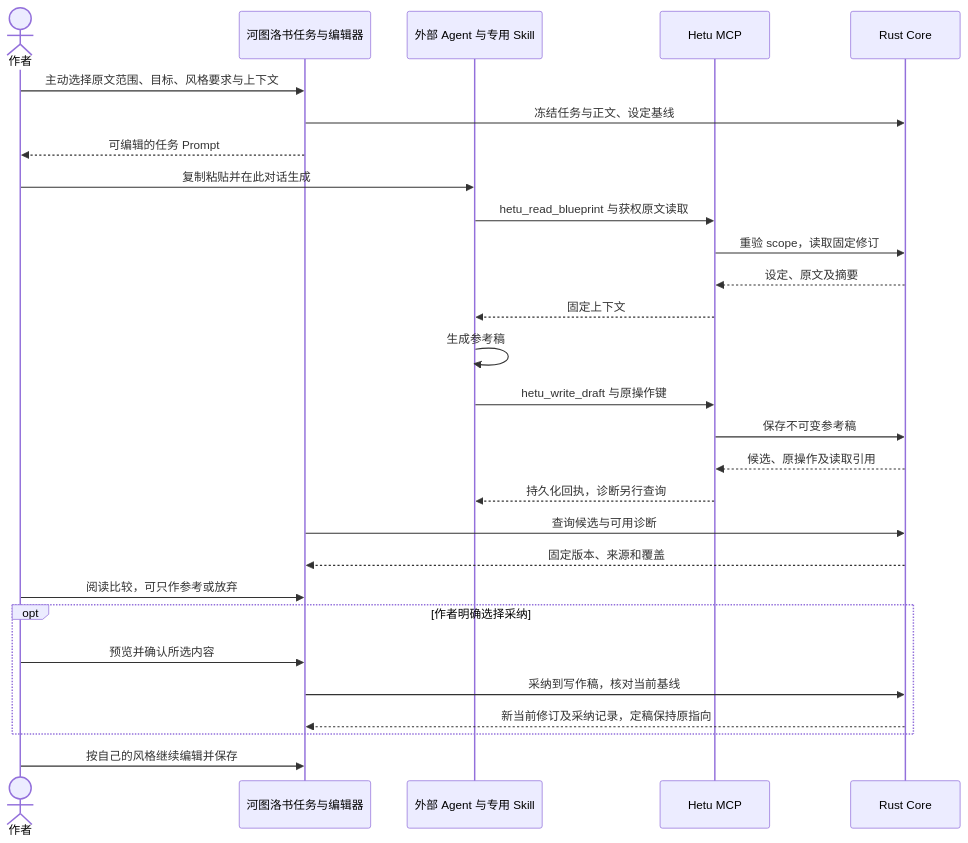
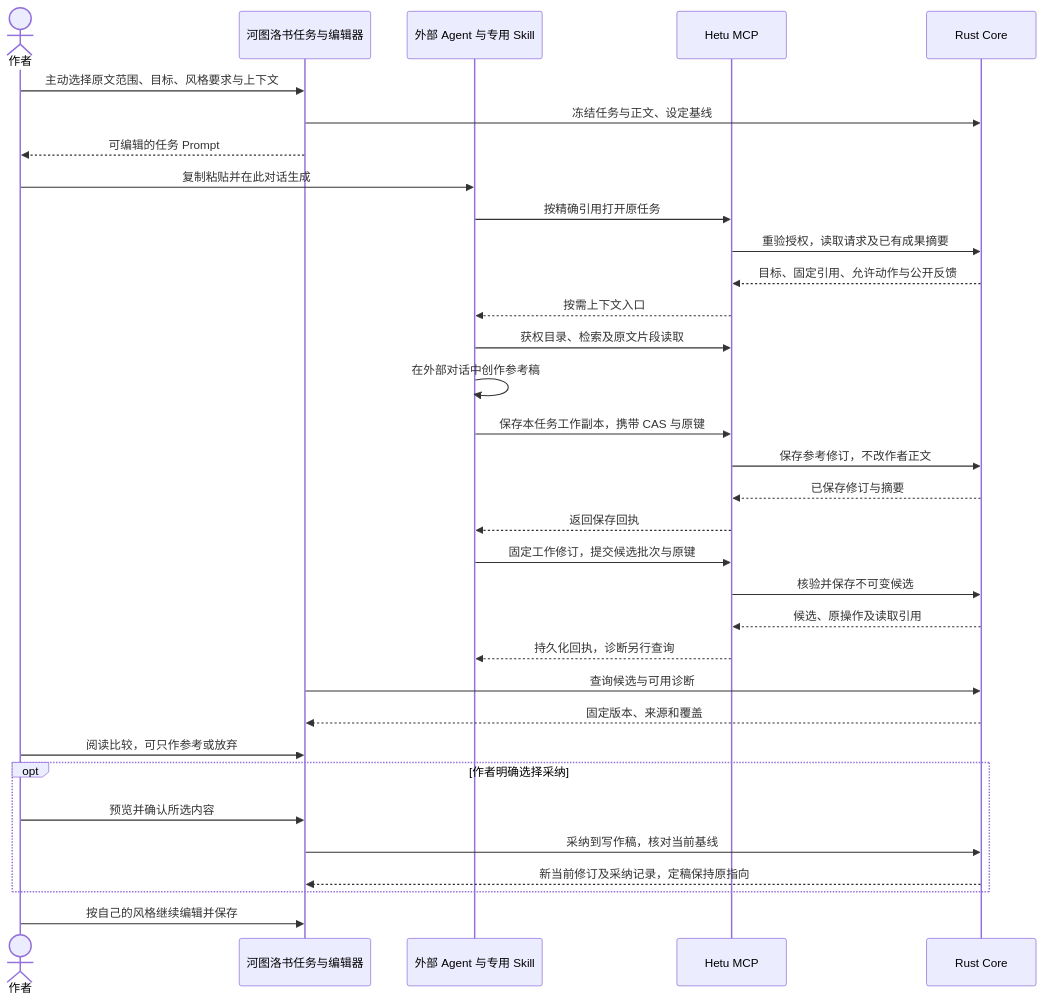
One commit to limecloud/hetu changed the seventh of 48 diagrams in docs/23-业务流程与MCP时序.md. Above: the diagram before and after it, drawn with Mermaid. The commit also changed other lines of this file and 993 other files, not shown here.

````diff
--- a/docs/23-业务流程与MCP时序.md
+++ b/docs/23-业务流程与MCP时序.md
@@ -180,30 +190,35 @@
 ```mermaid
 sequenceDiagram
     actor author as 作者
     participant desktop as 河图洛书任务与编辑器
     participant host as 外部 Agent 与专用 Skill
     participant server as Hetu MCP
     participant core as Rust Core
     author->>desktop: 主动选择原文范围、目标、风格要求与上下文
     desktop->>core: 冻结任务与正文、设定基线
     desktop-->>author: 可编辑的任务 Prompt
     author->>host: 复制粘贴并在此对话生成
-    host->>server: hetu_read_blueprint 与获权原文读取
-    server->>core: 重验 scope，读取固定修订
-    core-->>server: 设定、原文及摘要
-    server-->>host: 固定上下文
-    host->>host: 生成参考稿
-    host->>server: hetu_write_draft 与原操作键
-    server->>core: 保存不可变参考稿
+    host->>server: 按精确引用打开原任务
+    server->>core: 重验授权，读取请求及已有成果摘要
+    core-->>server: 目标、固定引用、允许动作与公开反馈
+    server-->>host: 按需上下文入口
+    host->>server: 获权目录、检索及原文片段读取
+    host->>host: 在外部对话中创作参考稿
+    host->>server: 保存本任务工作副本，携带 CAS 与原键
+    server->>core: 保存参考修订，不改作者正文
+    core-->>server: 已保存修订与摘要
+    server-->>host: 返回保存回执
+    host->>server: 固定工作修订，提交候选批次与原键
+    server->>core: 核验并保存不可变候选
     core-->>server: 候选、原操作及读取引用
     server-->>host: 持久化回执，诊断另行查询
     desktop->>core: 查询候选与可用诊断
     core-->>desktop: 固定版本、来源和覆盖
     author->>desktop: 阅读比较，可只作参考或放弃
     opt 作者明确选择采纳
         author->>desktop: 预览并确认所选内容
         desktop->>core: 采纳到写作稿，核对当前基线
         core-->>desktop: 新当前修订及采纳记录，定稿保持原指向
     end
     author->>desktop: 按自己的风格继续编辑并保存
 ```
````
